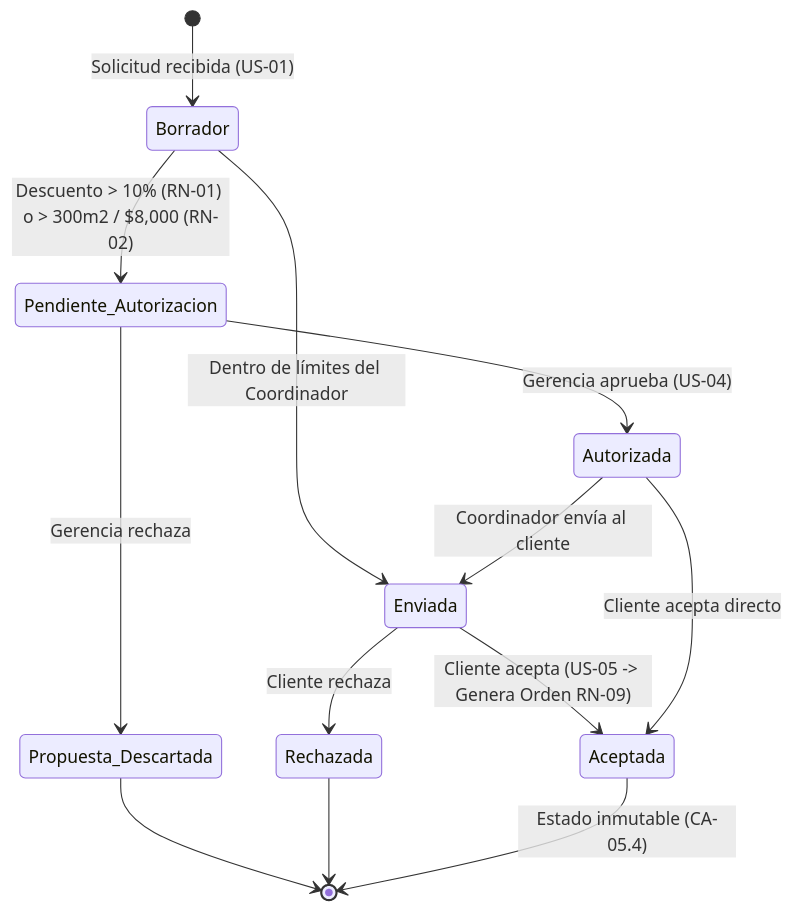
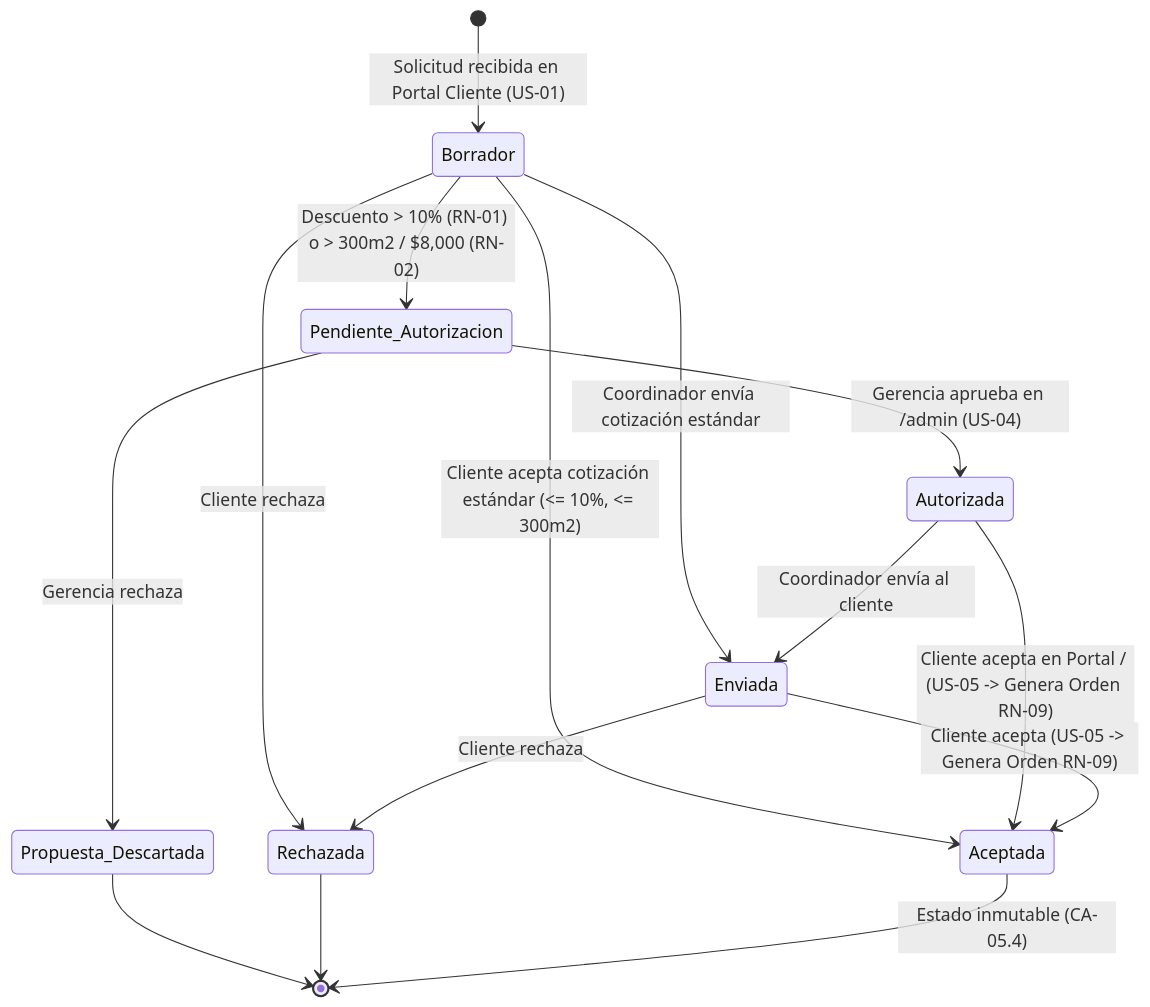
One commit to DamiNerio/CleanPro-CLNG-PIA- changed the second of 6 diagrams in docs/architecture/Diagramas_UML.md. Above: the diagram before and after it, drawn with Mermaid. The commit also changed other lines of this file, not shown here.

Commit message:
modified:   docs/architecture/Diagramas_UML.md

````diff
--- a/docs/architecture/Diagramas_UML.md
+++ b/docs/architecture/Diagramas_UML.md
@@ -164,15 +162,17 @@
 ```mermaid
 stateDiagram-v2
-    [*] --> Borrador : Solicitud recibida (US-01)
+    [*] --> Borrador : Solicitud recibida en Portal Cliente (US-01)
     Borrador --> Pendiente_Autorizacion : Descuento > 10% (RN-01) o > 300m2 / $8,000 (RN-02)
-    Borrador --> Enviada : Dentro de límites del Coordinador
-    Pendiente_Autorizacion --> Autorizada : Gerencia aprueba (US-04)
+    Borrador --> Enviada : Coordinador envía cotización estándar
+    Borrador --> Aceptada : Cliente acepta cotización estándar (<= 10%, <= 300m2)
+    Borrador --> Rechazada : Cliente rechaza
+    Pendiente_Autorizacion --> Autorizada : Gerencia aprueba en /admin (US-04)
     Pendiente_Autorizacion --> Propuesta_Descartada : Gerencia rechaza
     Autorizada --> Enviada : Coordinador envía al cliente
+    Autorizada --> Aceptada : Cliente acepta en Portal / (US-05 -> Genera Orden RN-09)
     Enviada --> Aceptada : Cliente acepta (US-05 -> Genera Orden RN-09)
     Enviada --> Rechazada : Cliente rechaza
-    Autorizada --> Aceptada : Cliente acepta directo
     Propuesta_Descartada --> [*]
     Rechazada --> [*]
     Aceptada --> [*] : Estado inmutable (CA-05.4)
 ```
````
